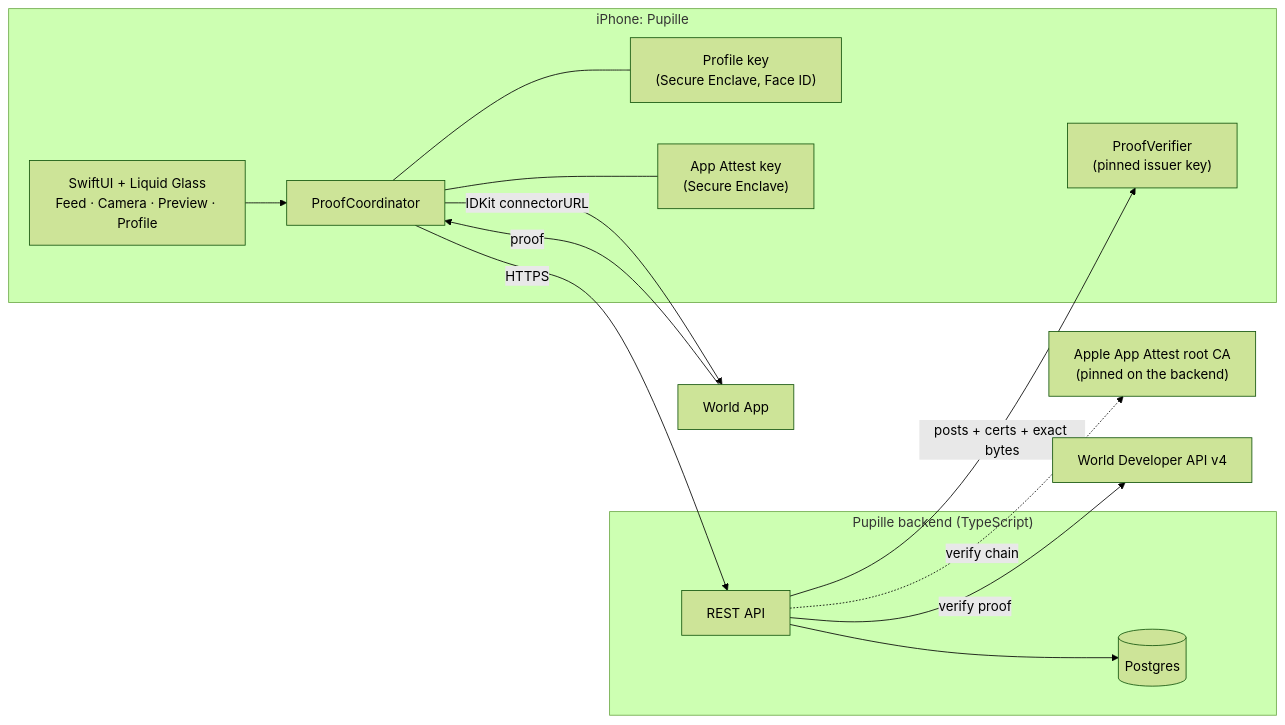
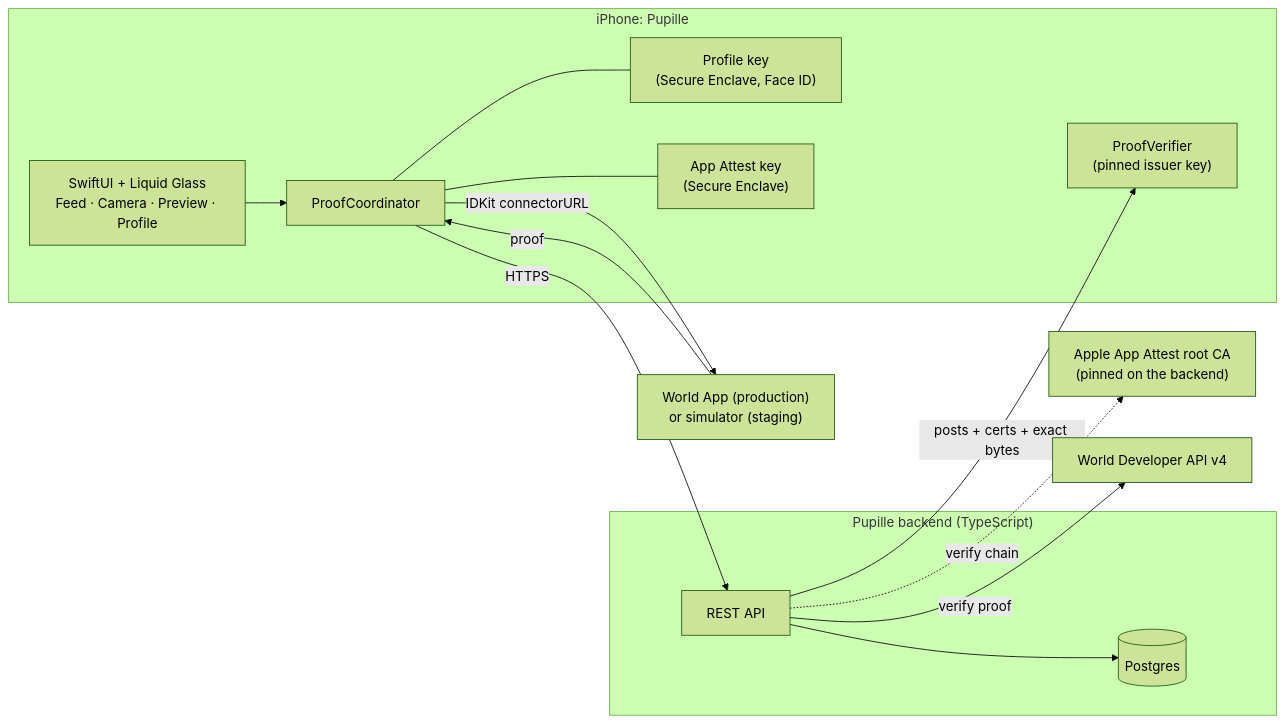
One commit to seyl3/pupille changed the first of 4 diagrams in docs/ARCHITECTURE.md. Above: the diagram before and after it, drawn with Mermaid (forest theme). The commit also changed other lines of this file, not shown here.

Commit message:
feat: define Orb-backed Proof of Human architecture

````diff
--- a/docs/ARCHITECTURE.md
+++ b/docs/ARCHITECTURE.md
@@ -109,28 +111,28 @@
 ```mermaid
 flowchart LR
   subgraph Phone["iPhone: Pupille"]
     UI["SwiftUI + Liquid Glass<br/>Feed · Camera · Preview · Profile"]
     PC["ProofCoordinator"]
     PK["Profile key<br/>(Secure Enclave, Face ID)"]
     AA["App Attest key<br/>(Secure Enclave)"]
     PV["ProofVerifier<br/>(pinned issuer key)"]
   end
-  WA["World App"]
+  WA["World App (production)<br/>or simulator (staging)"]
   subgraph Server["Pupille backend (TypeScript)"]
     API["REST API"]
     DB[("Postgres")]
   end
   APPLE["Apple App Attest root CA<br/>(pinned on the backend)"]
   WORLD["World Developer API v4"]
   UI --> PC
   PC --- PK
   PC --- AA
   PC -- "IDKit connectorURL" --> WA
   WA -- "proof" --> PC
   PC -- "HTTPS" --> API
   API --> DB
   API -. "verify chain" .-> APPLE
   API -- "verify proof" --> WORLD
   API -- "posts + certs + exact bytes" --> PV
   
 ```
````
